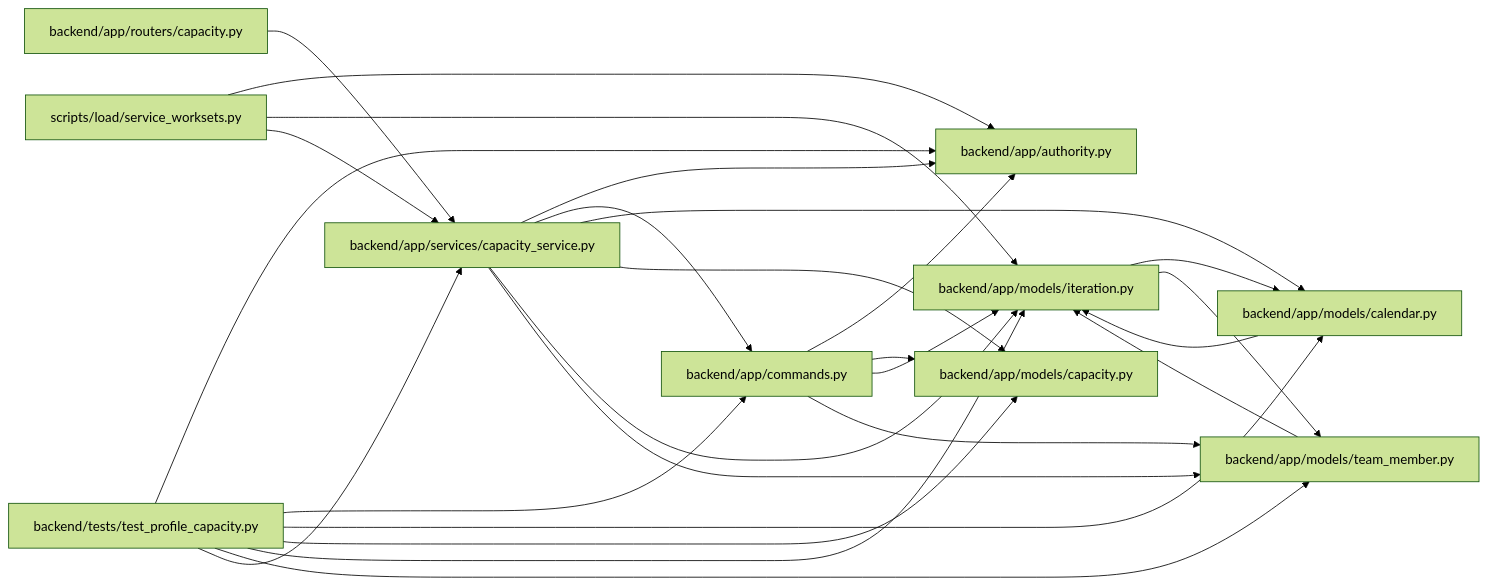
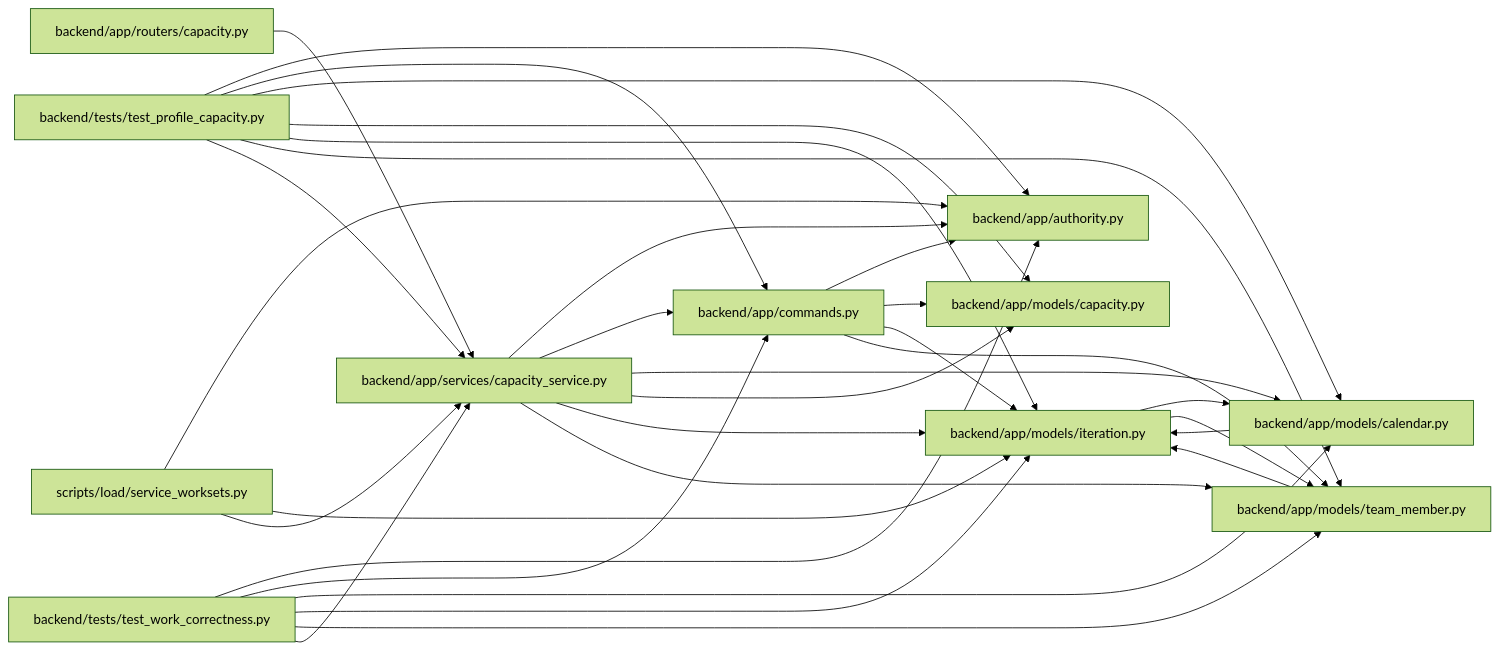
One commit to Denissvgn/WorkChord changed the diagram in docs/llm_wiki/modules/capacity_service.md. Above: the diagram before and after it, drawn with Mermaid (forest theme). The commit also changed other lines of this file and 317 other files, not shown here.

````diff
--- a/docs/llm_wiki/modules/capacity_service.md
+++ b/docs/llm_wiki/modules/capacity_service.md
@@ -25,48 +25,56 @@
 ```mermaid
 flowchart LR
     n0["backend/app/authority.py"]
     n1["backend/app/commands.py"]
     n2["backend/app/models/calendar.py"]
     n3["backend/app/models/capacity.py"]
     n4["backend/app/models/iteration.py"]
     n5["backend/app/models/team_member.py"]
     n6["backend/app/routers/capacity.py"]
     n7["backend/app/services/capacity_service.py"]
     n8["backend/tests/test_profile_capacity.py"]
-    n9["scripts/load/service_worksets.py"]
+    n9["backend/tests/test_work_correctness.py"]
+    n10["scripts/load/service_worksets.py"]
     n1 --> n0
     n1 --> n3
     n1 --> n4
     n1 --> n5
     n2 --> n4
     n4 --> n2
     n4 --> n5
     n5 --> n4
     n6 --> n7
     n7 --> n0
     n7 --> n1
     n7 --> n2
     n7 --> n3
     n7 --> n4
     n7 --> n5
     n8 --> n0
     n8 --> n1
     n8 --> n2
     n8 --> n3
     n8 --> n4
     n8 --> n5
     n8 --> n7
     n9 --> n0
+    n9 --> n1
+    n9 --> n2
     n9 --> n4
+    n9 --> n5
     n9 --> n7
+    n10 --> n0
+    n10 --> n4
+    n10 --> n7
     click n0 "../modules/authority.md"
     click n1 "../modules/commands.md"
     click n2 "../modules/models_calendar.md"
     click n3 "../modules/models_capacity.md"
     click n4 "../modules/models_iteration.md"
     click n5 "../modules/team_member.md"
     click n6 "../modules/routers_capacity.md"
     click n7 "../modules/capacity_service.md"
     click n8 "../modules/test_profile_capacity.md"
-    click n9 "../modules/service_worksets.md"
+    click n9 "../modules/test_work_correctness.md"
+    click n10 "../modules/service_worksets.md"
 ```
````
